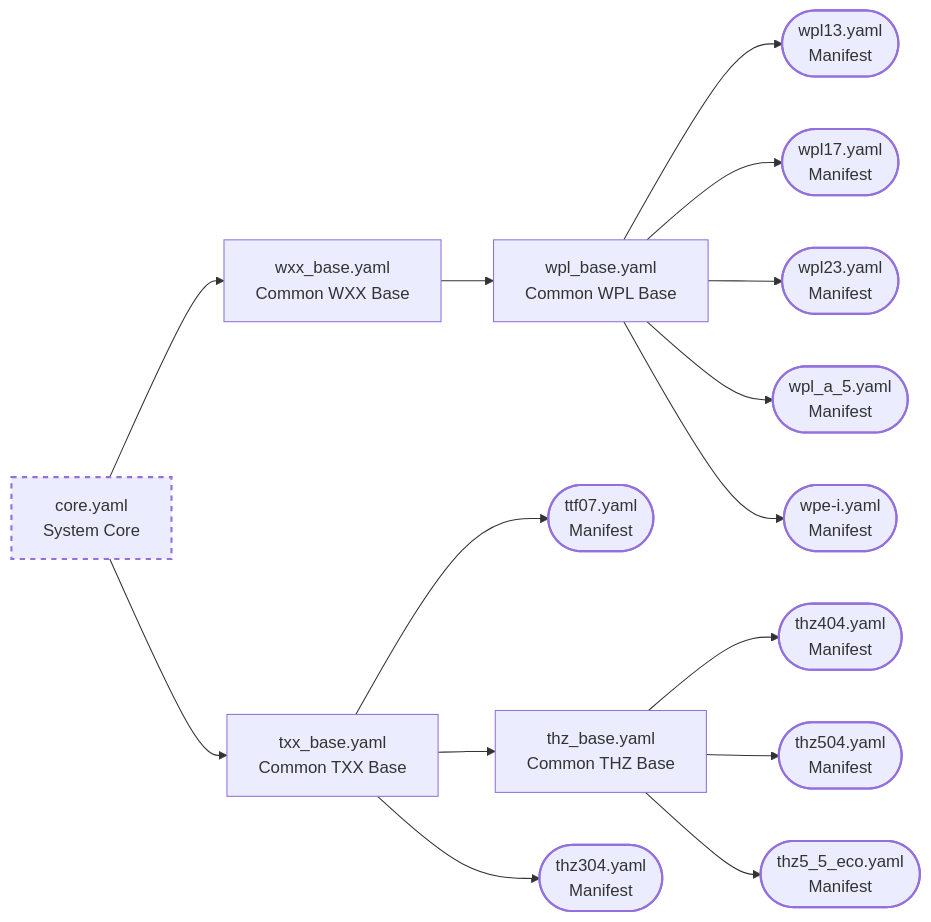
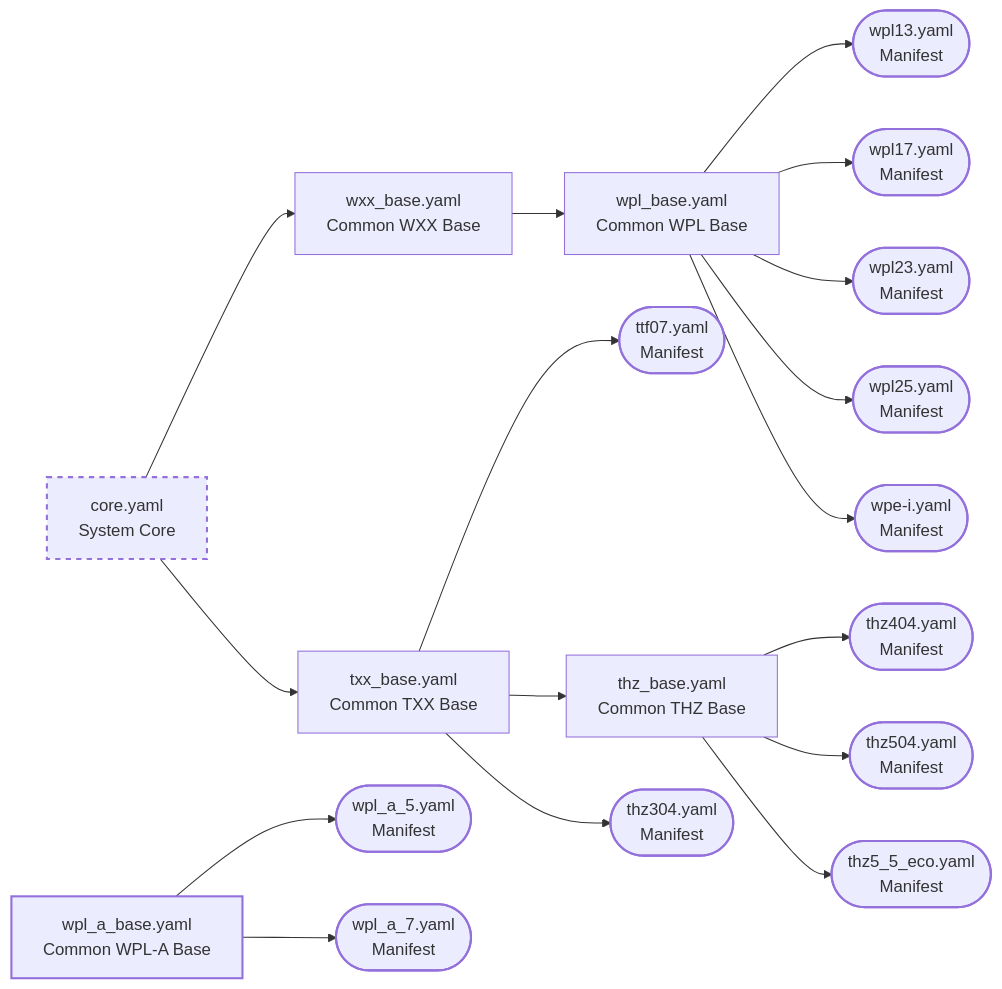
The diagram in README.md (kr0ner/OneESP32ToRuleThemAll), drawn with Mermaid before and after one commit. The commit also changed other lines of this file and 6 other files, not shown here.

```diff
--- a/README.md
+++ b/README.md
@@ -121,33 +121,40 @@
 ~~~mermaid
 flowchart LR
     core[core.yaml<br>System Core] --> wxx[wxx_base.yaml<br>Common WXX Base]
     core --> txx[txx_base.yaml<br>Common TXX Base]
 
     wxx --> wpl_base[wpl_base.yaml<br>Common WPL Base]
 
     wpl_base --> wpl13([wpl13.yaml<br>Manifest])
     wpl_base --> wpl17([wpl17.yaml<br>Manifest])
     wpl_base --> wpl23([wpl23.yaml<br>Manifest])
-    wpl_base --> wpla5([wpl_a_5.yaml<br>Manifest])
+    wpl_base --> wpl25([wpl25.yaml<br>Manifest])
     wpl_base --> wpei([wpe-i.yaml<br>Manifest])
+
+    wpla5base[wpl_a_base.yaml<br>Common WPL-A Base]
+    wpla5base --> wpla5([wpl_a_5.yaml<br>Manifest])
+    wpla5base --> wpla7([wpl_a_7.yaml<br>Manifest])
 
     txx --> ttf07([ttf07.yaml<br>Manifest])
     txx --> thz[thz_base.yaml<br>Common THZ Base]
     txx --> thz304([thz304.yaml<br>Manifest])
 
     thz --> thz404([thz404.yaml<br>Manifest])
     thz --> thz504([thz504.yaml<br>Manifest])
     thz --> thz55([thz5_5_eco.yaml<br>Manifest])
 
     style core stroke-width:2px,stroke-dasharray: 5 5
     style wpl13 stroke-width:2px
     style wpl17 stroke-width:2px
     style wpl23 stroke-width:2px
+    style wpl25 stroke-width:2px
+    style wpei stroke-width:2px
+    style wpla5base stroke-width:2px
     style wpla5 stroke-width:2px
-    style wpei stroke-width:2px
+    style wpla7 stroke-width:2px
     style ttf07 stroke-width:2px
     style thz304 stroke-width:2px
     style thz404 stroke-width:2px
     style thz504 stroke-width:2px
     style thz55 stroke-width:2px
 ~~~
```
